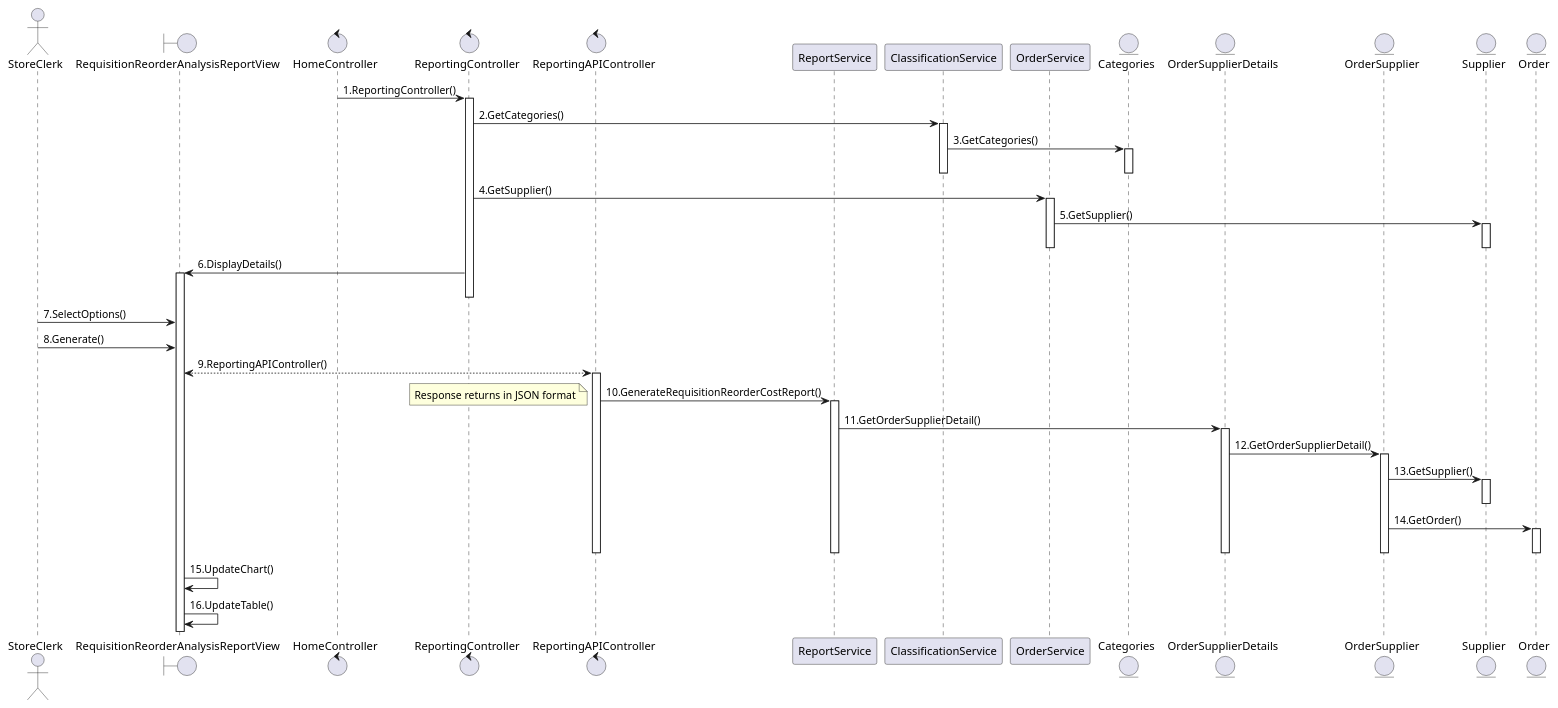
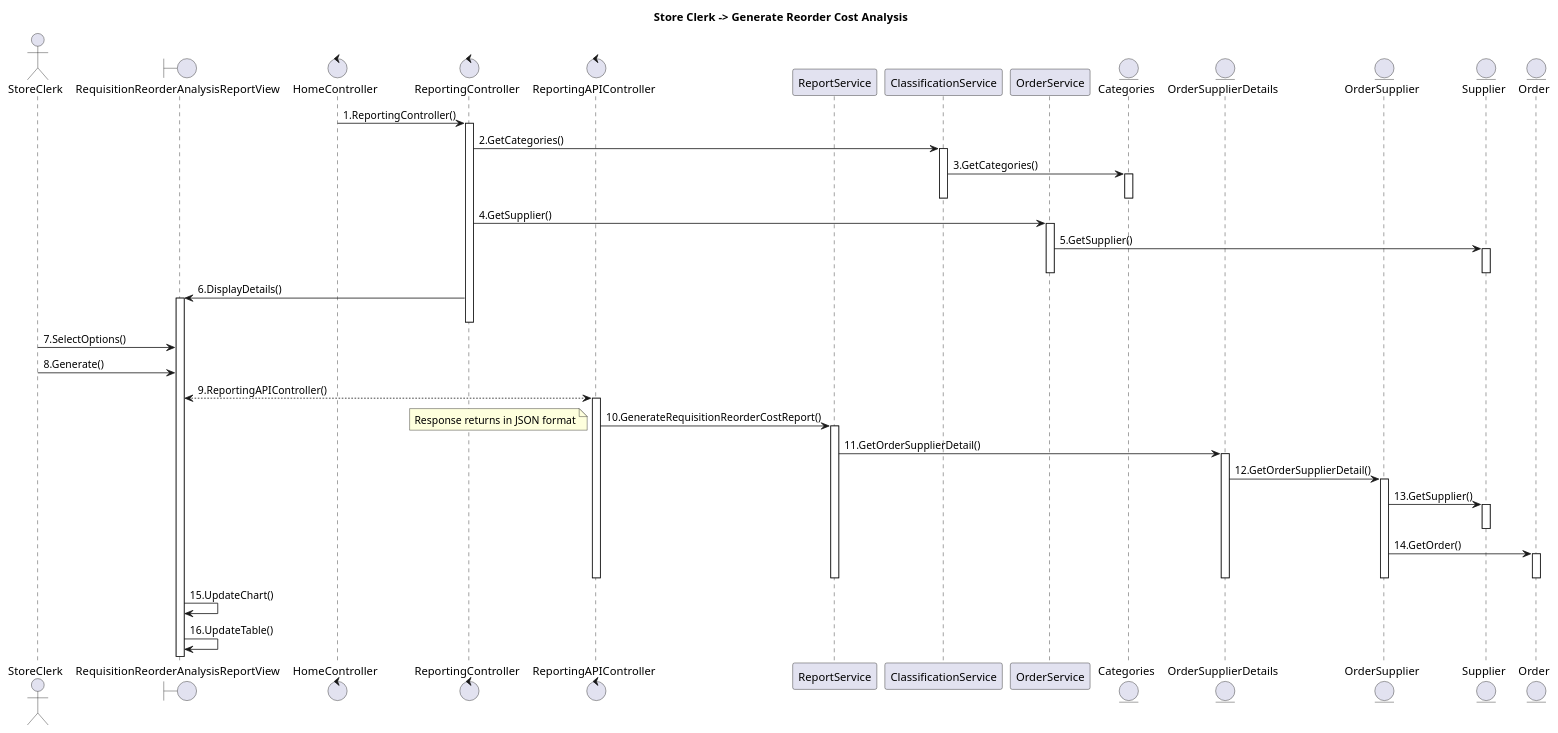
One commit to SA46Team5a/AD---ClassAndSequenceDiagram changed the diagram in RequisitionReorderCostAnalysisReport.wsd. Above: the diagram before and after it, drawn with PlantUML. The commit also changed 33 other files, not shown here.

Commit message:
added titles, requisitionPackage sequence diagram

```diff
--- a/RequisitionReorderCostAnalysisReport.wsd
+++ b/RequisitionReorderCostAnalysisReport.wsd
@@ -1,57 +1,58 @@
 @startuml
+title "Store Clerk -> Generate Reorder Cost Analysis"
 actor StoreClerk
 boundary RequisitionReorderAnalysisReportView
 control HomeController
 control ReportingController
 control ReportingAPIController
 Participant ReportService
 Participant ClassificationService
 Participant OrderService
 entity Categories
 entity OrderSupplierDetails
 entity OrderSupplier
 entity Supplier
 entity Order
 
 HomeController -> ReportingController: 1.ReportingController()
 activate ReportingController
 ReportingController -> ClassificationService : 2.GetCategories()
 activate ClassificationService
 ClassificationService -> Categories: 3.GetCategories()
 activate Categories
 deactivate Categories
 deactivate ClassificationService
 ReportingController -> OrderService : 4.GetSupplier()
 activate OrderService
 OrderService -> Supplier: 5.GetSupplier()
 activate Supplier
 deactivate Supplier
 deactivate OrderService
 ReportingController -> RequisitionReorderAnalysisReportView: 6.DisplayDetails()
 activate  RequisitionReorderAnalysisReportView
 deactivate ReportingController
 StoreClerk -> RequisitionReorderAnalysisReportView: 7.SelectOptions()
 StoreClerk -> RequisitionReorderAnalysisReportView: 8.Generate()
 RequisitionReorderAnalysisReportView<-->ReportingAPIController: 9.ReportingAPIController()
 activate ReportingAPIController
 ReportingAPIController -> ReportService: 10.GenerateRequisitionReorderCostReport()
 activate ReportService
 note left: Response returns in JSON format
 ReportService -> OrderSupplierDetails: 11.GetOrderSupplierDetail()
 activate OrderSupplierDetails
 OrderSupplierDetails->OrderSupplier: 12.GetOrderSupplierDetail()
 activate OrderSupplier
 OrderSupplier->Supplier: 13.GetSupplier()
 activate Supplier
 deactivate Supplier
 OrderSupplier->Order: 14.GetOrder()
 activate Order
 deactivate Order
 deactivate OrderSupplier
 deactivate OrderSupplierDetails
 deactivate ReportService
 deactivate ReportingAPIController
 RequisitionReorderAnalysisReportView->RequisitionReorderAnalysisReportView: 15.UpdateChart()
 RequisitionReorderAnalysisReportView->RequisitionReorderAnalysisReportView: 16.UpdateTable()
 
 @enduml
```
